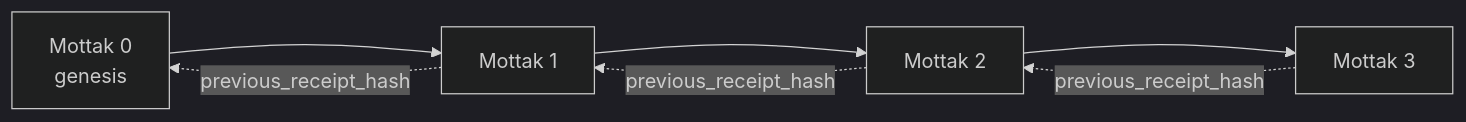
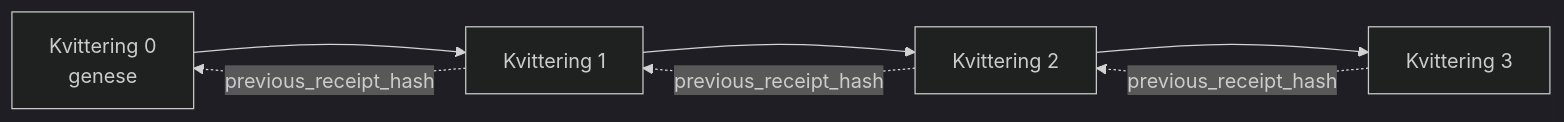
The second of 2 diagrams in mirrors/repos/microsoft@ai-agents-for-beginners/translations/no/18-securing-ai-agents/README.md (gabrielmoreira/agent-skills-mirror), drawn with Mermaid (dark theme) before and after one commit. The commit also changed other lines of this file and 2285 other files, not shown here.

````diff
--- a/mirrors/repos/microsoft@ai-agents-for-beginners/translations/no/18-securing-ai-agents/README.md
+++ b/mirrors/repos/microsoft@ai-agents-for-beginners/translations/no/18-securing-ai-agents/README.md
@@ -206,9 +206,9 @@
 ```mermaid
 flowchart LR
-    R0[Mottak 0<br/>genesis] --> R1[Mottak 1]
-    R1 --> R2[Mottak 2]
-    R2 --> R3[Mottak 3]
+    R0[Kvittering 0<br/>genese] --> R1[Kvittering 1]
+    R1 --> R2[Kvittering 2]
+    R2 --> R3[Kvittering 3]
     R1 -. previous_receipt_hash .-> R0
     R2 -. previous_receipt_hash .-> R1
     R3 -. previous_receipt_hash .-> R2
 ```
````
